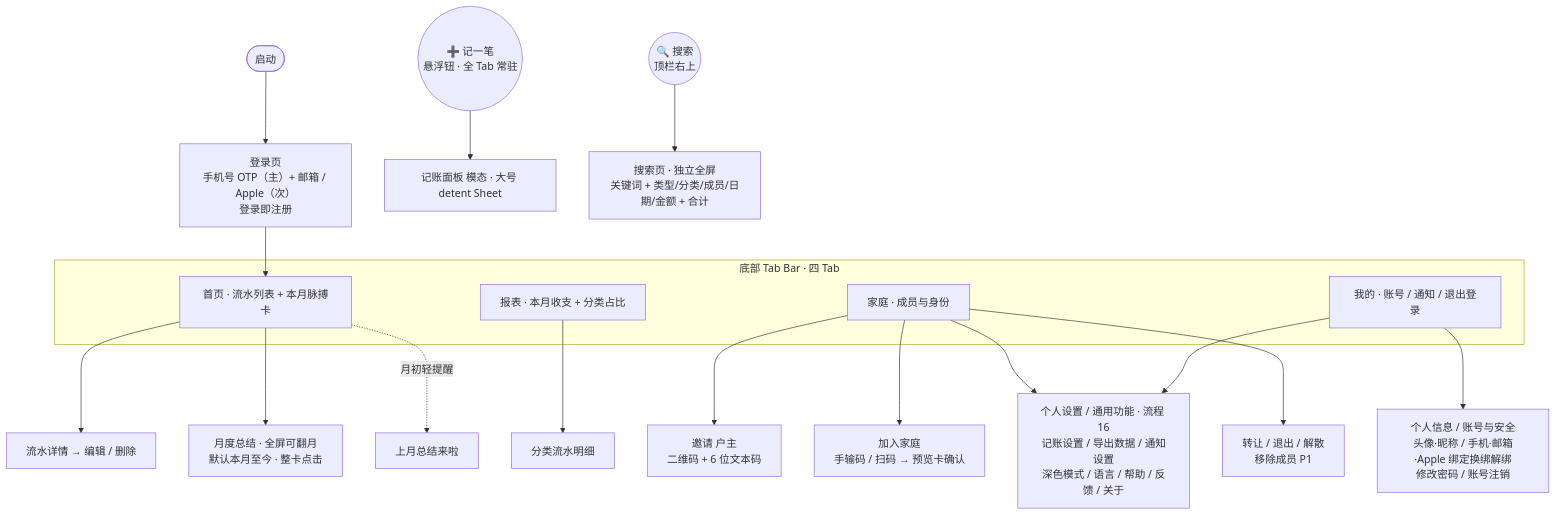
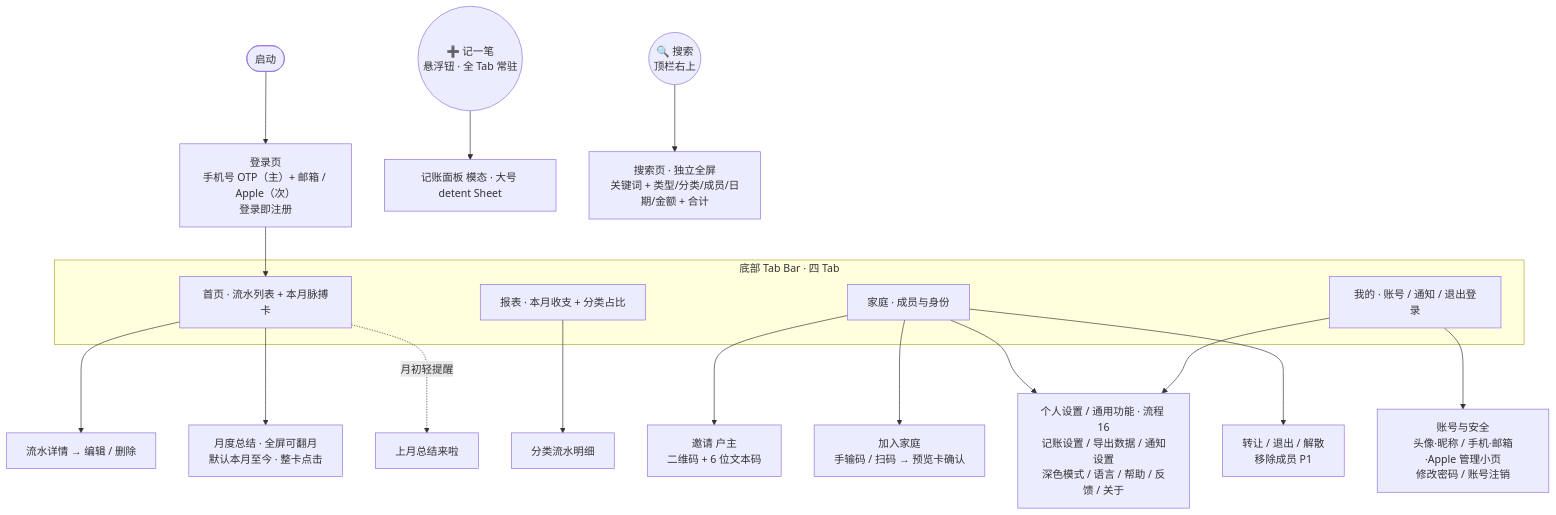
One commit to raochen0000/HomeBook changed the diagram in docs/IA.md. Above: the diagram before and after it, drawn with Mermaid. The commit also changed other lines of this file and 2 other files, not shown here.

````diff
--- a/docs/IA.md
+++ b/docs/IA.md
@@ -49,32 +49,32 @@
 ```mermaid
 flowchart TD
     Start([启动]) --> Login[登录页<br/>手机号 OTP（主）+ 邮箱 / Apple（次）<br/>登录即注册]
     Login --> Home
 
     subgraph 主框架[底部 Tab Bar · 四 Tab]
       Home[首页 · 流水列表 + 本月脉搏卡]
       Report[报表 · 本月收支 + 分类占比]
       Family[家庭 · 成员与身份]
       Mine[我的 · 账号 / 通知 / 退出登录]
     end
 
     Add((➕ 记一笔<br/>悬浮钮 · 全 Tab 常驻))
     Search((🔍 搜索<br/>顶栏右上))
 
     Home --> Detail[流水详情 → 编辑 / 删除]
     Home --> Summary[月度总结 · 全屏可翻月<br/>默认本月至今 · 整卡点击]
     Home -.月初轻提醒.-> SummaryRemind[上月总结来啦]
 
     Add --> AddPanel[记账面板 模态 · 大号 detent Sheet]
     Search --> SearchPage[搜索页 · 独立全屏<br/>关键词 + 类型/分类/成员/日期/金额 + 合计]
 
     Report --> CatList[分类流水明细]
 
     Family --> Invite[邀请 户主<br/>二维码 + 6 位文本码]
     Family --> Join[加入家庭<br/>手输码 / 扫码 → 预览卡确认]
     Family --> Settings[家庭设置 户主<br/>改家庭名 / 封面]
     Family --> Manage[转让 / 退出 / 解散<br/>移除成员 P1]
 
-    Mine --> Account[个人信息 / 账号与安全<br/>头像·昵称 / 手机·邮箱·Apple 绑定换绑解绑<br/>修改密码 / 账号注销]
+    Mine --> Account[账号与安全<br/>头像·昵称 / 手机·邮箱·Apple 管理小页<br/>修改密码 / 账号注销]
     Mine --> Settings[个人设置 / 通用功能 · 流程 16<br/>记账设置 / 导出数据 / 通知设置<br/>深色模式 / 语言 / 帮助 / 反馈 / 关于]
 ```
````
